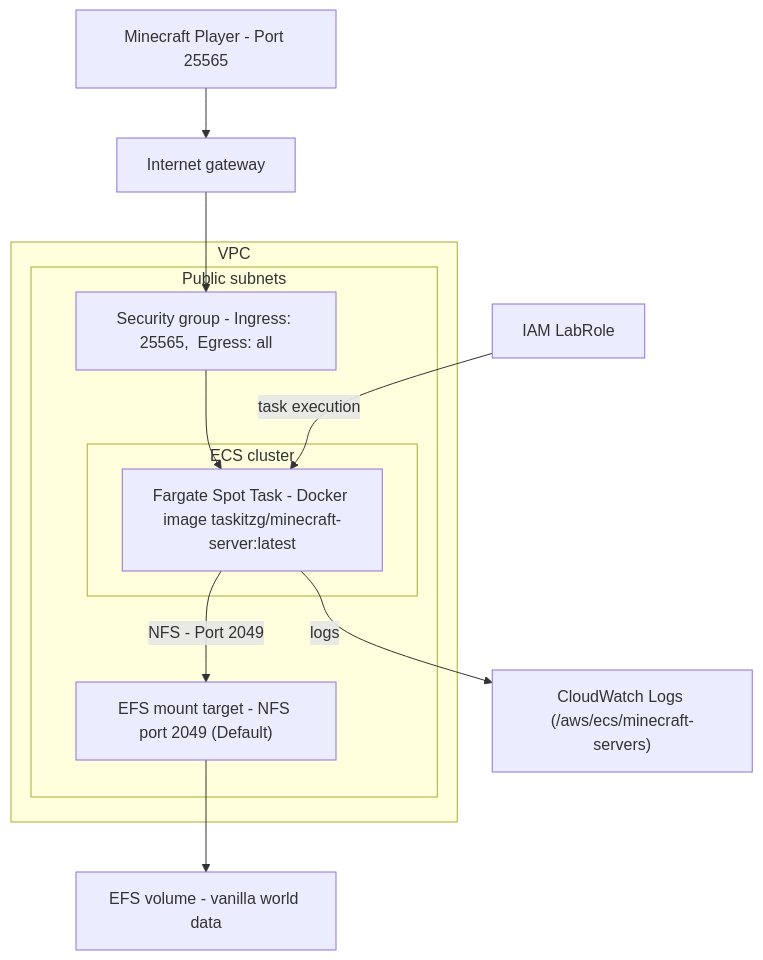
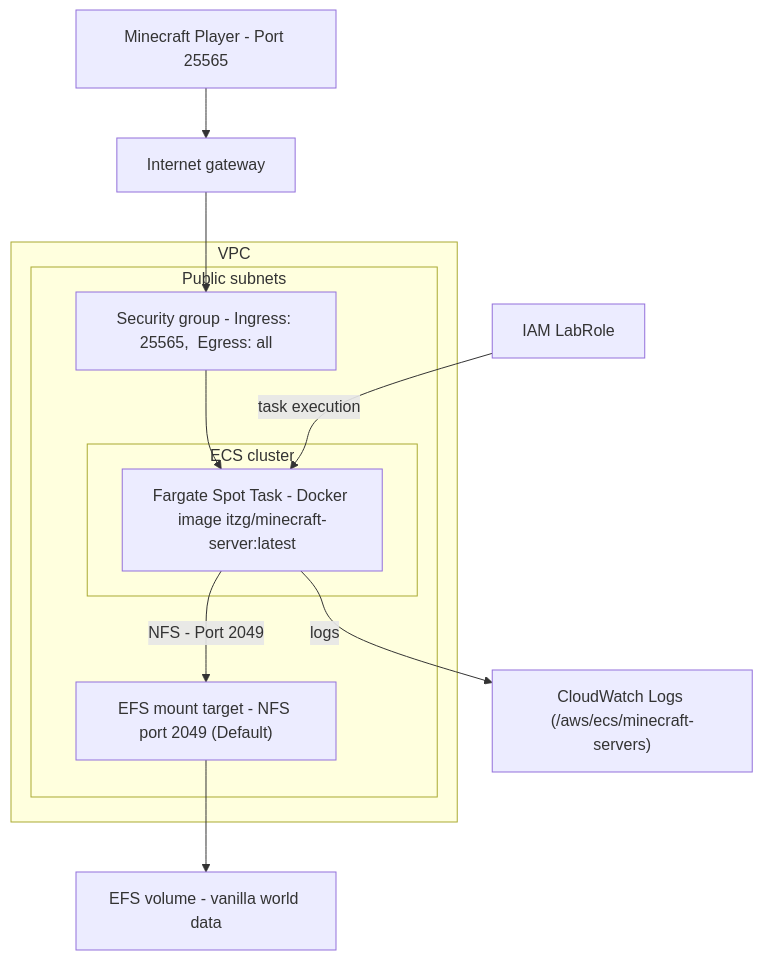
One commit to jamie-dang-n/CS_312_Course_Proj_pt2 changed the first of 2 diagrams in README.md. Above: the diagram before and after it, drawn with Mermaid. The commit also changed other lines of this file, not shown here.

````diff
--- a/README.md
+++ b/README.md
@@ -13,24 +13,24 @@
 ```mermaid
 graph TD
     Player["Minecraft Player - Port 25565"] --> IGW["Internet gateway"]
 
     IGW --> SG
 
     subgraph VPC["VPC"]
         subgraph Subnets["Public subnets"]
             SG["Security group - Ingress: 25565,  Egress: all"]
 
             subgraph ECS["ECS cluster"]
-                Task["Fargate Spot Task - Docker image taskitzg/minecraft-server:latest"]
+                Task["Fargate Spot Task - Docker image itzg/minecraft-server:latest"]
             end
 
             EFSMount["EFS mount target - NFS port 2049 (Default)"]
         end
     end
 
     SG --> Task
     Task -->|"NFS - Port 2049"| EFSMount
     EFSMount --> EFSVol["EFS volume - vanilla world data"]
     Task -->|"logs"| CW["CloudWatch Logs (/aws/ecs/minecraft-servers)"]
     LabRole["IAM LabRole"] -->|"task execution"| Task
 ```
````
